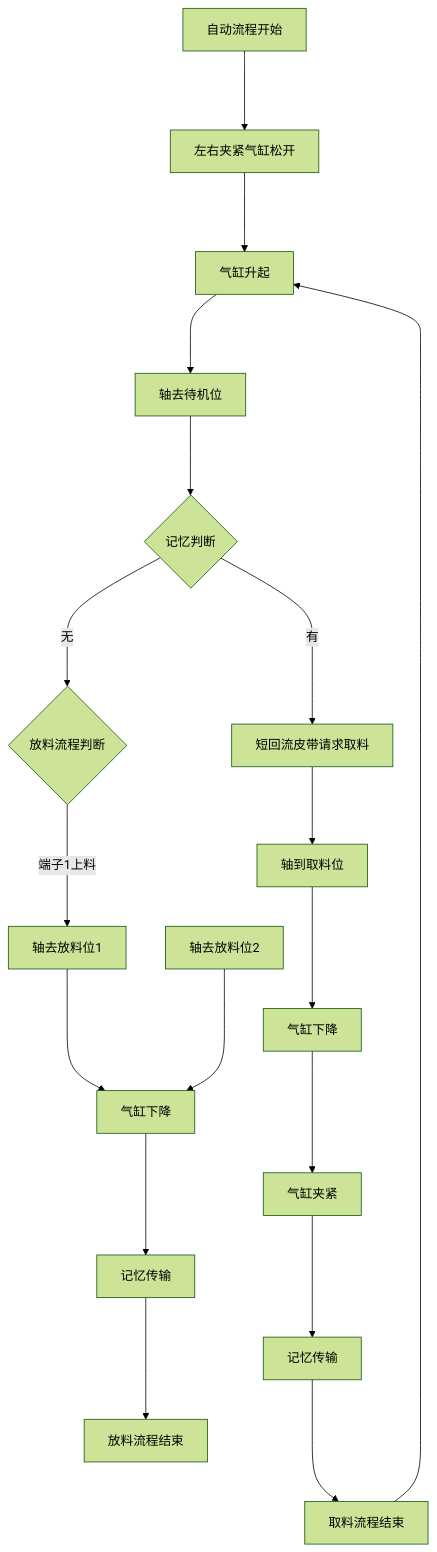
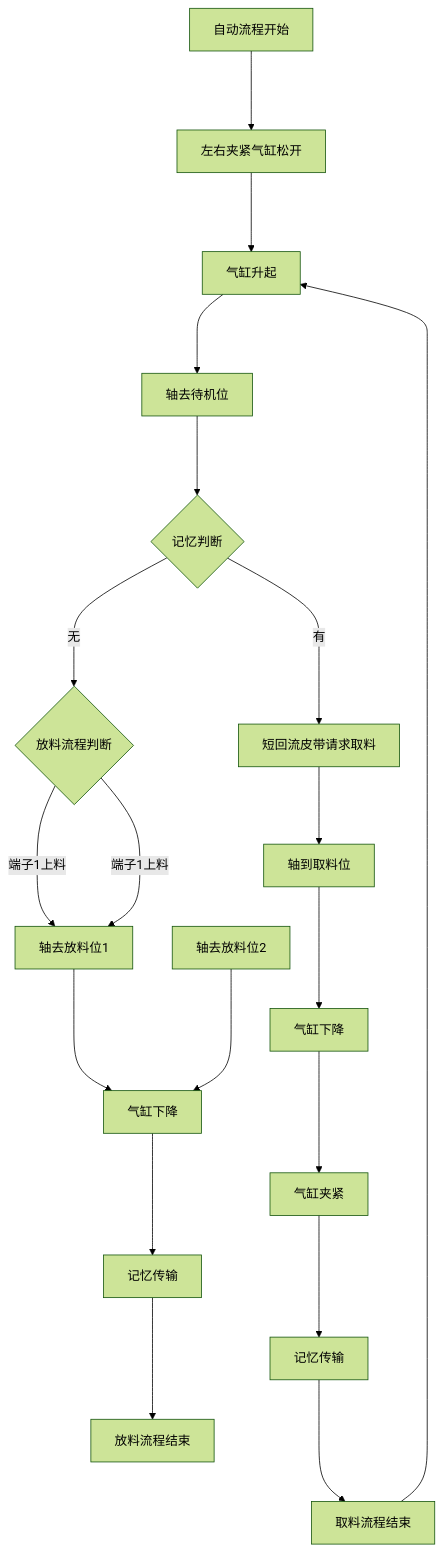
The diagram in all/OP70工位3左载具搬运.md (zmq000/iodraw-files), drawn with Mermaid (forest theme) before and after one commit.

Commit message:
2026-06-17 16:49:10 update

````diff
--- a/all/OP70工位3左载具搬运.md
+++ b/all/OP70工位3左载具搬运.md
@@ -1,24 +1,24 @@
 ```mermaid
 graph TD
   自动流程开始--->10
   10[左右夹紧气缸松开]--->20
   20[气缸升起]--->30
   30[轴去待机位]--->40
   40{记忆判断}--->|有|100
   40--->|无|200
   100[短回流皮带请求取料]-->110
   110[轴到取料位]--->120
   120[气缸下降]--->130
   130[气缸夹紧]--->140
   140[记忆传输]--->150
   150[取料流程结束]--->20
   200{放料流程判断}--->|端子1上料|210
-  
+  200--->|端子1上料|210
   210[轴去放料位1]--->250
   220[轴去放料位2]--->250
   250[气缸下降]--->260
   260[记忆传输]--->270
   270[放料流程结束]
 
 
 ```
````
